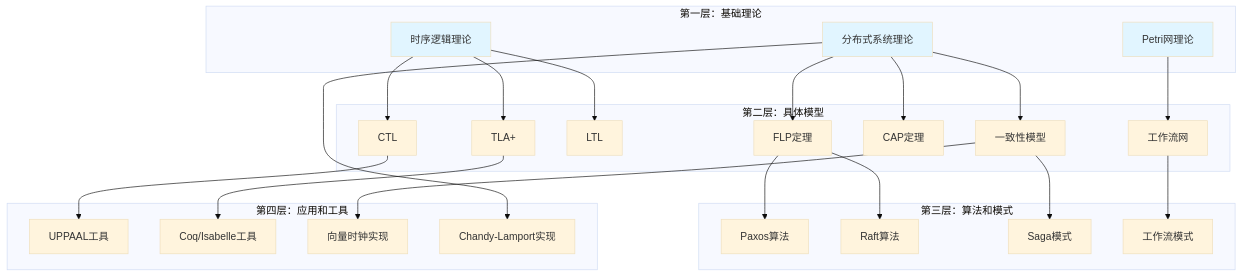
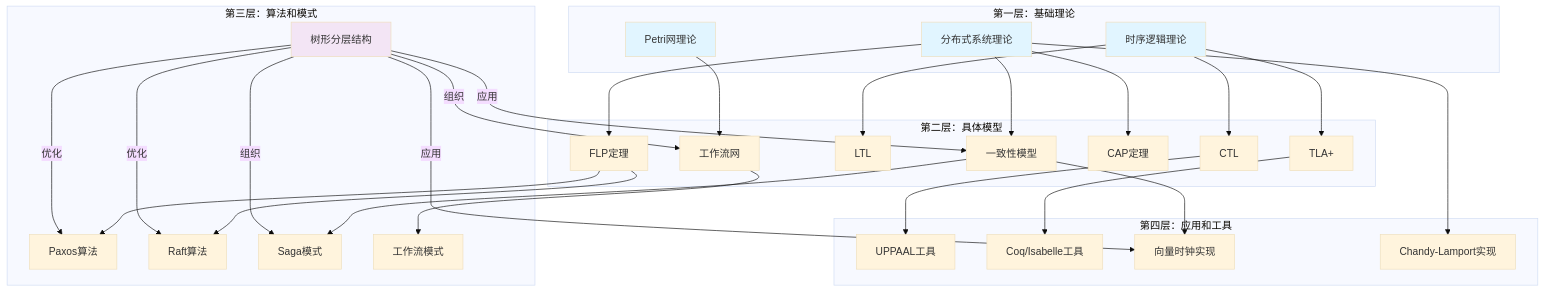
One commit to AdaMartin18010/DistributedComputing-WorkFlow changed the third of 3 diagrams in docs/07-KNOWLEDGE/全局知识概念关系图.md. Above: the diagram before and after it, drawn with Mermaid (base theme). The commit also changed other lines of this file and 68 other files, not shown here.

````diff
--- a/docs/07-KNOWLEDGE/全局知识概念关系图.md
+++ b/docs/07-KNOWLEDGE/全局知识概念关系图.md
@@ -247,57 +271,67 @@
 ```mermaid
 graph TD
     subgraph "第一层：基础理论"
         TL[时序逻辑理论]
         PN[Petri网理论]
         DS[分布式系统理论]
     end
 
     subgraph "第二层：具体模型"
         TLA[TLA+]
         CTL[CTL]
         LTL[LTL]
         WN[工作流网]
         CAP[CAP定理]
         FLP[FLP定理]
         CM[一致性模型]
     end
 
     subgraph "第三层：算法和模式"
         Paxos[Paxos算法]
         Raft[Raft算法]
         Saga[Saga模式]
         WP[工作流模式]
+        TREE[树形分层结构]
     end
 
     subgraph "第四层：应用和工具"
         UPPAAL[UPPAAL工具]
         Coq[Coq/Isabelle工具]
         VC[向量时钟实现]
         CL[Chandy-Lamport实现]
     end
 
     TL --> TLA
     TL --> CTL
     TL --> LTL
 
     PN --> WN
 
     DS --> CAP
     DS --> FLP
     DS --> CM
 
     FLP --> Paxos
     FLP --> Raft
 
     CM --> Saga
     WN --> WP
 
+    %% 树形分层结构关联
+    TREE -->|优化| Paxos
+    TREE -->|优化| Raft
+    TREE -->|组织| WN
+    TREE -->|组织| Saga
+    TREE -->|应用| CM
+    TREE -->|应用| VC
+
     CTL --> UPPAAL
     TLA --> Coq
     CM --> VC
     DS --> CL
 
     style TL fill:#e1f5ff
     style PN fill:#e1f5ff
     style DS fill:#e1f5ff
+    style TREE fill:#f3e5f5
 ```
````
